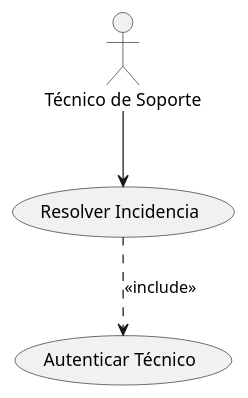
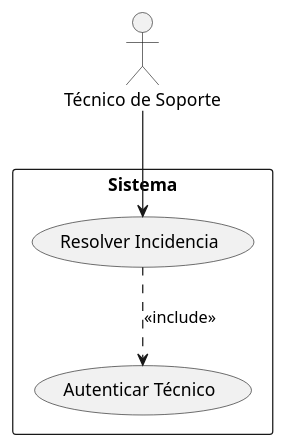
Diagram 13 of 26 in Ingeniería del Software I/Materiales/Introducción casos de uso.md (gaaguirrer/Clases), drawn with PlantUML before and after one commit. The commit also changed other lines of this file and 14 other files, not shown here.

````diff
--- a/Ingeniería del Software I/Materiales/Introducción casos de uso.md
+++ b/Ingeniería del Software I/Materiales/Introducción casos de uso.md
@@ -334,11 +411,13 @@
 ```plantuml
 @startuml
 :Técnico de Soporte: as TS
 
-(Resolver Incidencia) as RI
-(Autenticar Técnico) as AT
+rectangle "Sistema" {
+    (Resolver Incidencia) as RI
+    (Autenticar Técnico) as AT
 
-RI ..> AT : <<include>>
+    RI ..> AT : <<include>>
+}
 TS --> RI
 @enduml
 ```
````
